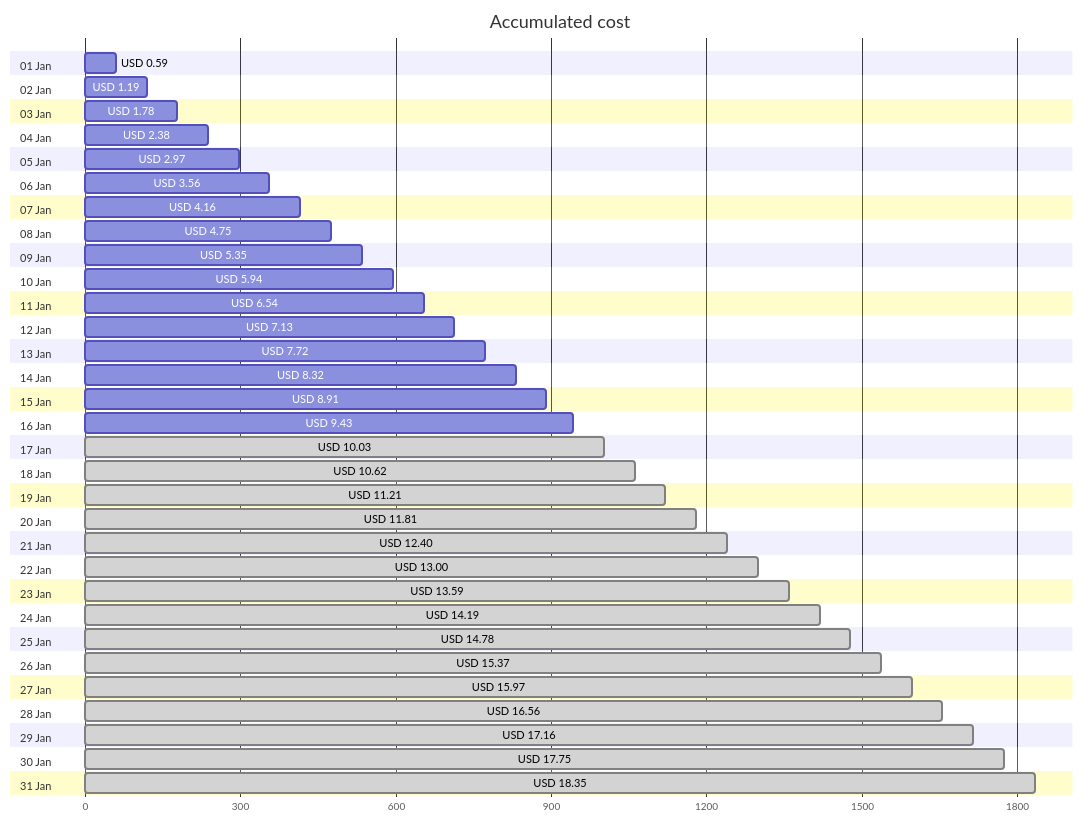
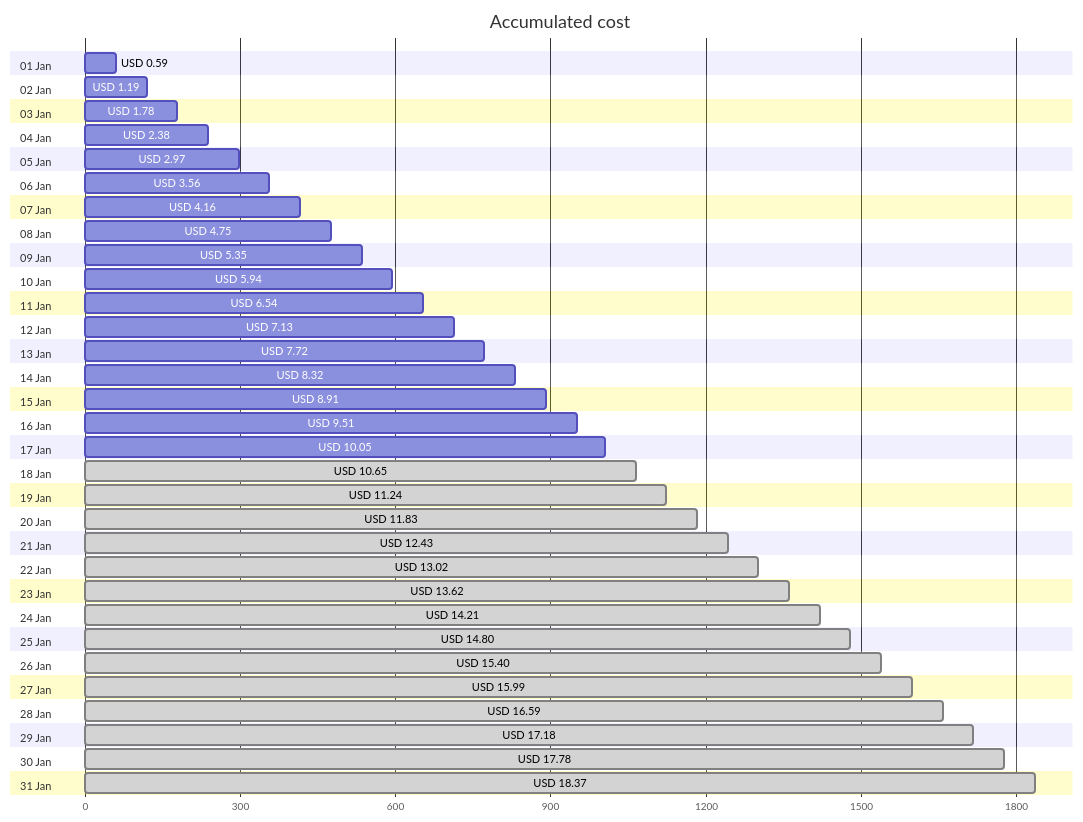
One commit to jpfulton/azure-personal-reports changed the first of 4 diagrams in cost-reports/personal-site/README.md. Above: the diagram before and after it, drawn with Mermaid. The commit also changed other lines of this file and 6 other files, not shown here.

````diff
--- a/cost-reports/personal-site/README.md
+++ b/cost-reports/personal-site/README.md
@@ -20,68 +20,68 @@
 ```mermaid
 gantt
    title Accumulated cost
    dateFormat  X
    axisFormat %s
    section 01 Jan
    USD 0.59 :0, 59
    section 02 Jan
    USD 1.19 :0, 119
    section 03 Jan
    USD 1.78 :0, 178
    section 04 Jan
    USD 2.38 :0, 238
    section 05 Jan
    USD 2.97 :0, 297
    section 06 Jan
    USD 3.56 :0, 356
    section 07 Jan
    USD 4.16 :0, 416
    section 08 Jan
    USD 4.75 :0, 475
    section 09 Jan
    USD 5.35 :0, 535
    section 10 Jan
    USD 5.94 :0, 594
    section 11 Jan
    USD 6.54 :0, 654
    section 12 Jan
    USD 7.13 :0, 713
    section 13 Jan
    USD 7.72 :0, 772
    section 14 Jan
    USD 8.32 :0, 832
    section 15 Jan
    USD 8.91 :0, 891
    section 16 Jan
-   USD 9.43 :0, 943
+   USD 9.51 :0, 951
    section 17 Jan
-   USD 10.03 : done, 0, 1003
+   USD 10.05 :0, 1005
    section 18 Jan
-   USD 10.62 : done, 0, 1062
+   USD 10.65 : done, 0, 1065
    section 19 Jan
-   USD 11.21 : done, 0, 1121
+   USD 11.24 : done, 0, 1124
    section 20 Jan
-   USD 11.81 : done, 0, 1181
+   USD 11.83 : done, 0, 1183
    section 21 Jan
-   USD 12.40 : done, 0, 1240
+   USD 12.43 : done, 0, 1243
    section 22 Jan
-   USD 13.00 : done, 0, 1300
+   USD 13.02 : done, 0, 1302
    section 23 Jan
-   USD 13.59 : done, 0, 1359
+   USD 13.62 : done, 0, 1362
    section 24 Jan
-   USD 14.19 : done, 0, 1419
+   USD 14.21 : done, 0, 1421
    section 25 Jan
-   USD 14.78 : done, 0, 1478
+   USD 14.80 : done, 0, 1480
    section 26 Jan
-   USD 15.37 : done, 0, 1537
+   USD 15.40 : done, 0, 1540
    section 27 Jan
-   USD 15.97 : done, 0, 1597
+   USD 15.99 : done, 0, 1599
    section 28 Jan
-   USD 16.56 : done, 0, 1656
+   USD 16.59 : done, 0, 1659
    section 29 Jan
-   USD 17.16 : done, 0, 1716
+   USD 17.18 : done, 0, 1718
    section 30 Jan
-   USD 17.75 : done, 0, 1775
+   USD 17.78 : done, 0, 1778
    section 31 Jan
-   USD 18.35 : done, 0, 1835
+   USD 18.37 : done, 0, 1837
 ```
````
